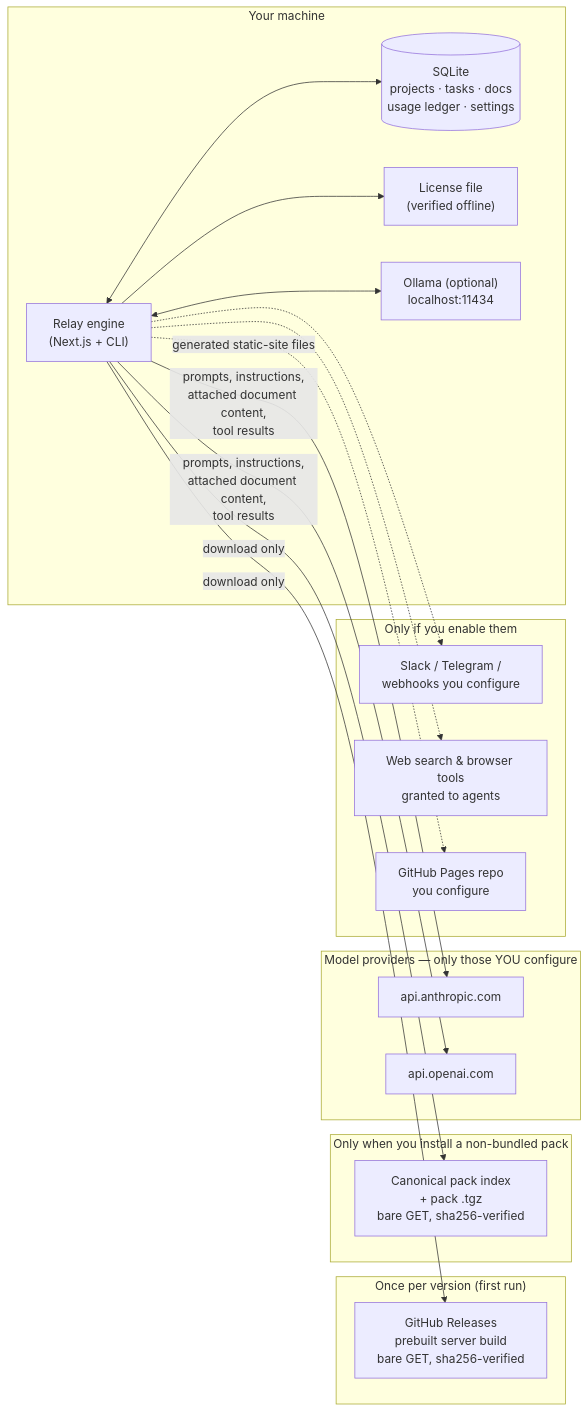
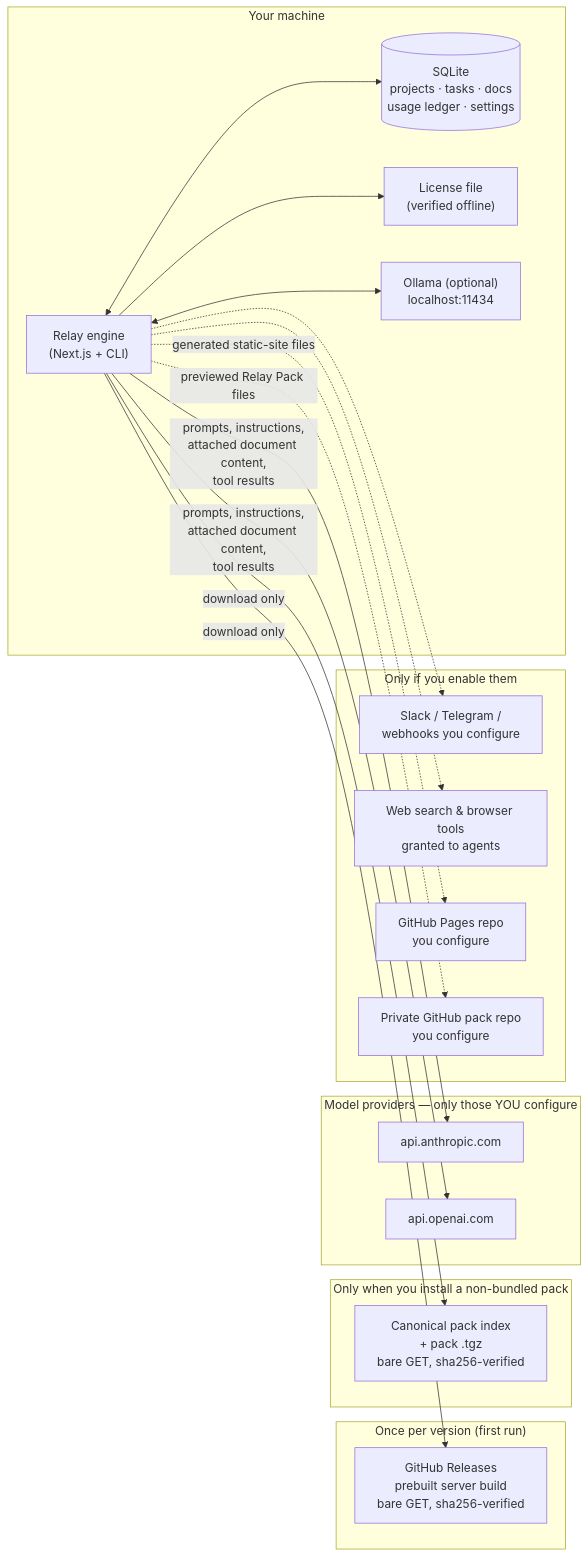
The diagram in docs/trust/data-flow.md (orionfold/relay), drawn with Mermaid before and after one commit. The commit also changed other lines of this file and 38 other files, not shown here.

````diff
--- a/docs/trust/data-flow.md
+++ b/docs/trust/data-flow.md
@@ -15,39 +15,41 @@
 ```mermaid
 flowchart LR
     subgraph yours["Your machine"]
         relay["Relay engine<br/>(Next.js + CLI)"]
         db[("SQLite<br/>projects · tasks · docs<br/>usage ledger · settings")]
         lic["License file<br/>(verified offline)"]
         ollama["Ollama (optional)<br/>localhost:11434"]
         relay <--> db
         relay --> lic
         relay <--> ollama
     end
 
     subgraph once["Once per version (first run)"]
         gh["GitHub Releases<br/>prebuilt server build<br/>bare GET, sha256-verified"]
     end
 
     subgraph packfetch["Only when you install a non-bundled pack"]
         pidx["Canonical pack index<br/>+ pack .tgz<br/>bare GET, sha256-verified"]
     end
 
     subgraph providers["Model providers — only those YOU configure"]
         ant["api.anthropic.com"]
         oai["api.openai.com"]
     end
 
     subgraph optin["Only if you enable them"]
         chan["Slack / Telegram /<br/>webhooks you configure"]
         tools["Web search & browser tools<br/>granted to agents"]
         pages["GitHub Pages repo<br/>you configure"]
+        packrepo["Private GitHub pack repo<br/>you configure"]
     end
 
     relay -->|"download only"| gh
     relay -->|"download only"| pidx
     relay -->|"prompts, instructions,<br/>attached document content,<br/>tool results"| ant
     relay -->|"prompts, instructions,<br/>attached document content,<br/>tool results"| oai
     relay -.-> chan
     relay -.-> tools
     relay -.->|"generated static-site files"| pages
+    relay -.->|"previewed Relay Pack files"| packrepo
 ```
````
